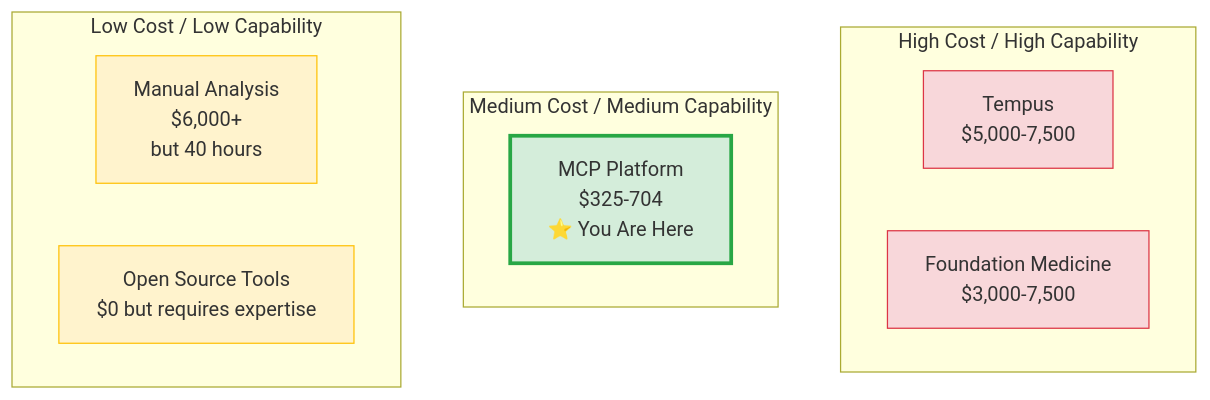
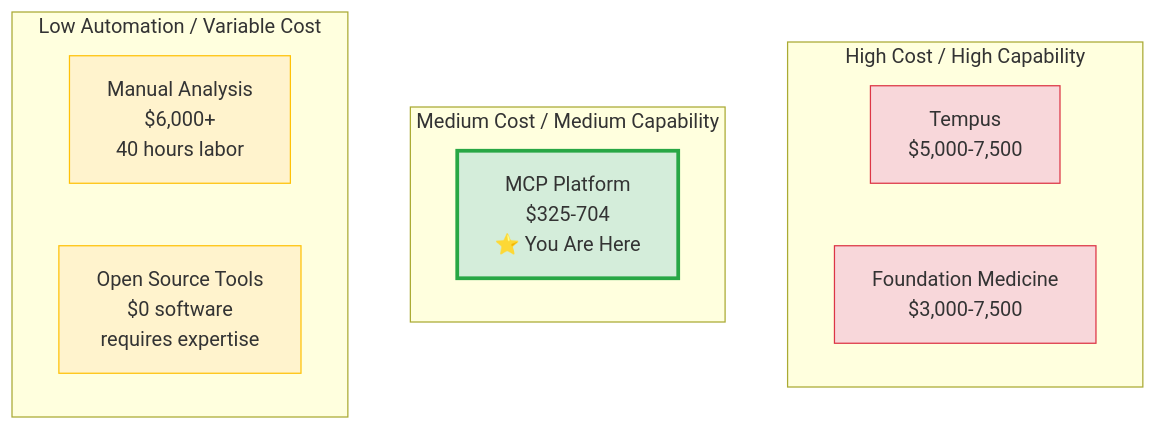
Before and after one commit to raymond301/precision-medicine-mcp: the diagram in docs/for-funders/COMPETITIVE_LANDSCAPE.md, drawn with Mermaid. The commit also changed 8 other files, not shown here.

Commit message:
sync diagrams

````diff
--- a/docs/for-funders/COMPETITIVE_LANDSCAPE.md
+++ b/docs/for-funders/COMPETITIVE_LANDSCAPE.md
@@ -23,22 +23,22 @@
 ```mermaid
 graph TD
     subgraph "High Cost / High Capability"
         TEMP[Tempus<br/>$5,000-7,500]
         FOUND[Foundation Medicine<br/>$3,000-7,500]
     end
 
     subgraph "Medium Cost / Medium Capability"
         THIS[MCP Platform<br/>$325-704<br/>⭐ You Are Here]
     end
 
-    subgraph "Low Cost / Low Capability"
-        MANUAL[Manual Analysis<br/>$6,000+<br/>but 40 hours]
-        OPEN[Open Source Tools<br/>$0 but requires expertise]
+    subgraph "Low Automation / Variable Cost"
+        MANUAL[Manual Analysis<br/>$6,000+<br/>40 hours labor]
+        OPEN[Open Source Tools<br/>$0 software<br/>requires expertise]
     end
 
     style THIS fill:#d4edda,stroke:#28a745,stroke-width:3px
     style TEMP fill:#f8d7da,stroke:#dc3545
     style FOUND fill:#f8d7da,stroke:#dc3545
     style MANUAL fill:#fff3cd,stroke:#ffc107
     style OPEN fill:#fff3cd,stroke:#ffc107
 ```
````
